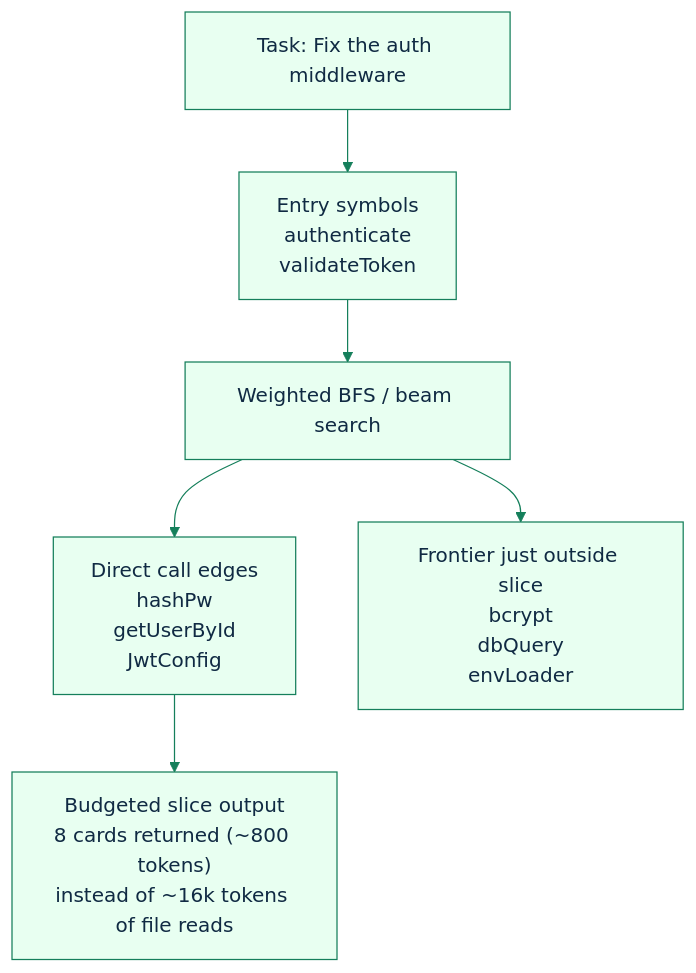
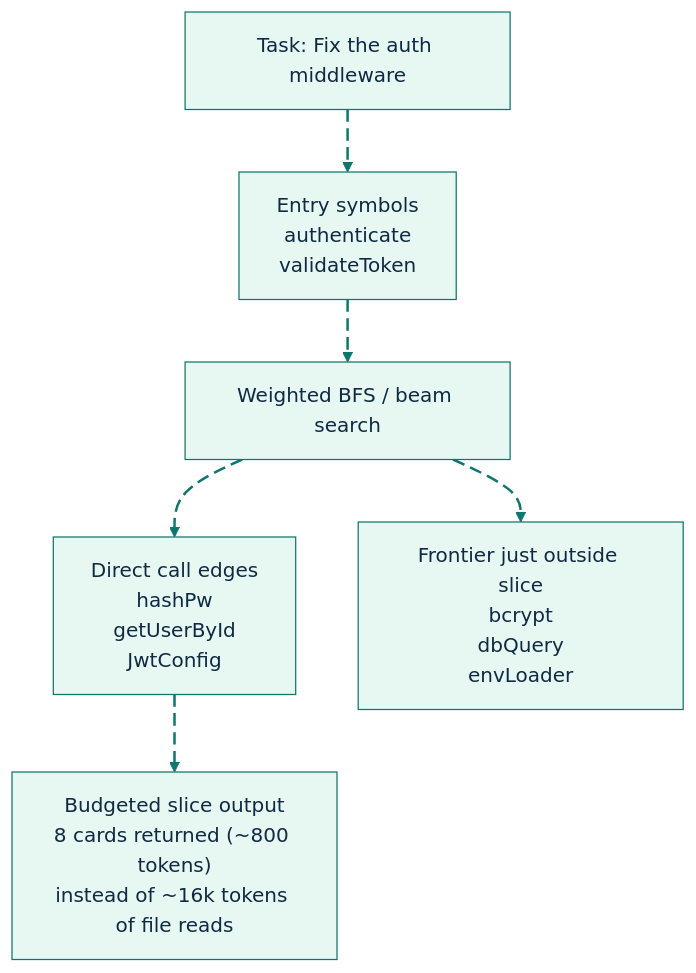
The first of 3 diagrams in docs/feature-deep-dives/graph-slicing.md (GlitterKill/sdl-mcp), drawn with Mermaid before and after one commit. The commit also changed other lines of this file and 33 other files, not shown here.

First line of the commit message:
docs: update mermaid diagram themes and styling across documentation

````diff
--- a/docs/feature-deep-dives/graph-slicing.md
+++ b/docs/feature-deep-dives/graph-slicing.md
@@ -17,13 +17,25 @@
 ```mermaid
-%%{init: {"theme":"base","themeVariables":{"primaryColor":"#e8fff1","primaryBorderColor":"#157f5b","primaryTextColor":"#102a43","secondaryColor":"#eef6ff","secondaryBorderColor":"#2563eb","tertiaryColor":"#fff4d6","tertiaryBorderColor":"#b45309","lineColor":"#157f5b","fontFamily":"Trebuchet MS, Arial"},"flowchart":{"curve":"basis"}}}%%
+%%{init: {"theme":"base","themeVariables":{"background":"#ffffff","primaryColor":"#E7F8F2","primaryBorderColor":"#0F766E","primaryTextColor":"#102A43","secondaryColor":"#E8F1FF","secondaryBorderColor":"#2563EB","secondaryTextColor":"#102A43","tertiaryColor":"#FFF4D6","tertiaryBorderColor":"#B45309","tertiaryTextColor":"#102A43","lineColor":"#0F766E","textColor":"#102A43","fontFamily":"Inter, ui-sans-serif, system-ui, -apple-system, BlinkMacSystemFont, Segoe UI, sans-serif"},"flowchart":{"curve":"basis","htmlLabels":true}}}%%
 flowchart TD
     Task["Task: Fix the auth middleware"]
     Seeds["Entry symbols<br/>authenticate<br/>validateToken"]
     Search["Weighted BFS / beam search"]
     Calls["Direct call edges<br/>hashPw<br/>getUserById<br/>JwtConfig"]
     Frontier["Frontier just outside slice<br/>bcrypt<br/>dbQuery<br/>envLoader"]
     Slice["Budgeted slice output<br/>8 cards returned (~800 tokens)<br/>instead of ~16k tokens of file reads"]
 
-    Task --> Seeds --> Search --> Calls --> Slice
-    Search --> Frontier
+    Task e1@--> Seeds
+    Seeds e2@--> Search
+    Search e3@--> Calls
+    Calls e4@--> Slice
+    Search e5@--> Frontier
+
+    classDef source fill:#E7F8F2,stroke:#0F766E,stroke-width:2px,color:#102A43;
+    classDef process fill:#E8F1FF,stroke:#2563EB,stroke-width:2px,color:#102A43;
+    classDef decision fill:#FFF4D6,stroke:#B45309,stroke-width:2px,color:#102A43;
+    classDef storage fill:#F2E8FF,stroke:#7C3AED,stroke-width:2px,color:#102A43;
+    classDef output fill:#FFE8EF,stroke:#BE123C,stroke-width:2px,color:#102A43;
+    classDef muted fill:#F8FAFC,stroke:#64748B,stroke-width:1px,color:#102A43;
+    classDef animate stroke:#0F766E,stroke-width:2px,stroke-dasharray:10\,5,stroke-dashoffset:900,animation:dash 22s linear infinite;
+    class e1,e2,e3,e4,e5 animate;
 ```
````
